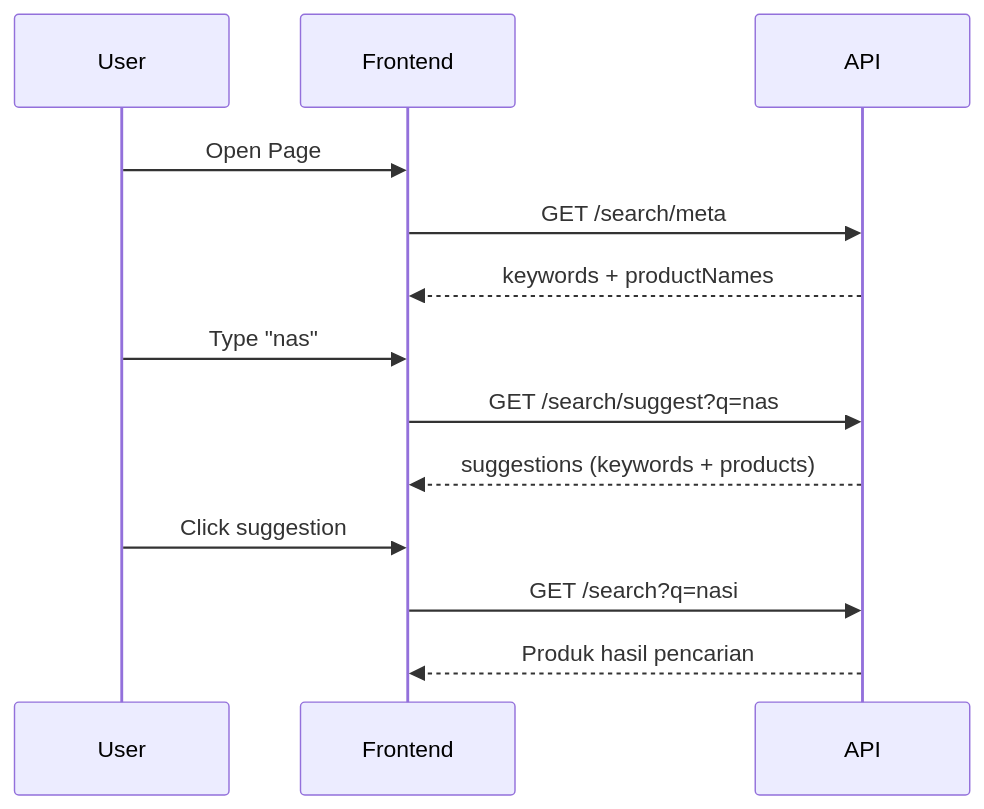
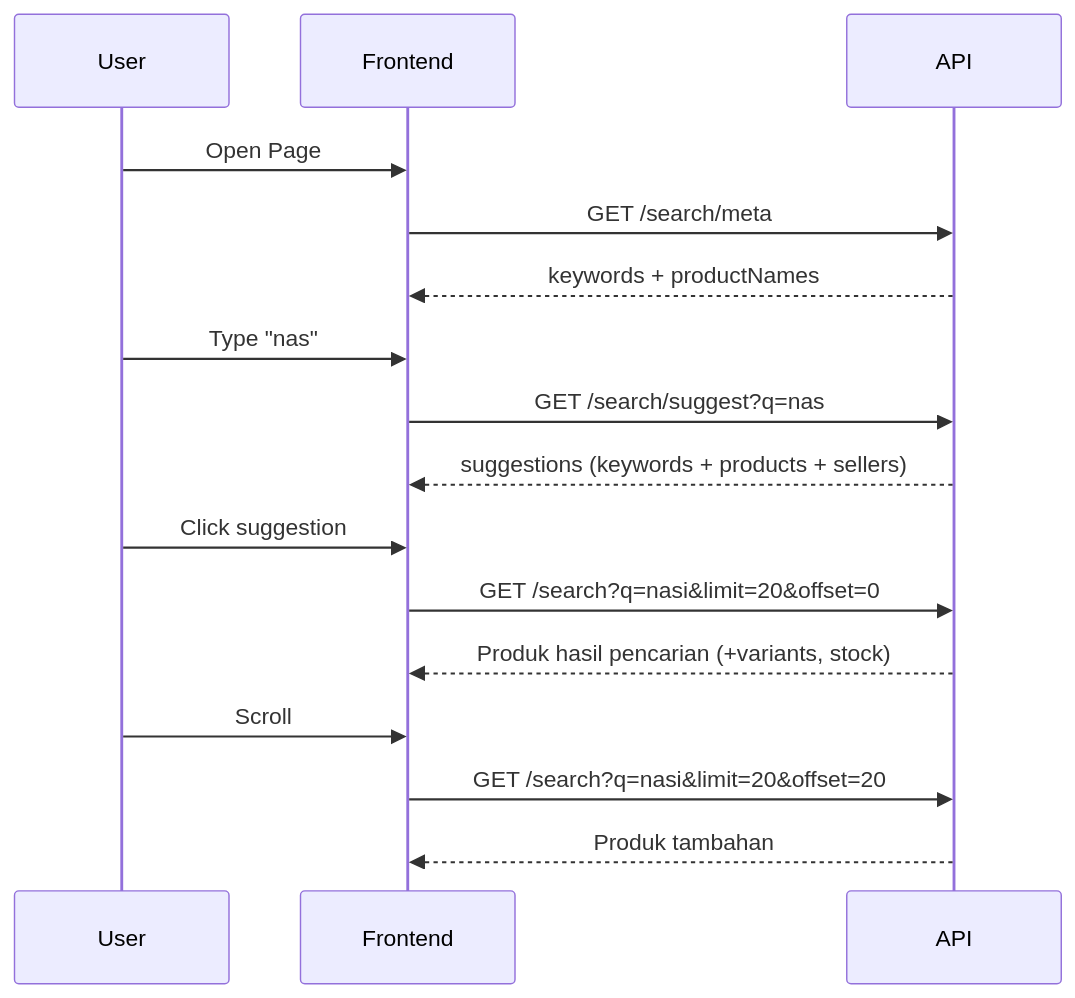
The diagram in README.md (GisatAZK2/BackEnd_Market), drawn with Mermaid before and after one commit. The commit also changed other lines of this file and 1 other file, not shown here.

Commit message:
Change Logic For Search Product & Seller

````diff
--- a/README.md
+++ b/README.md
@@ -683,18 +762,22 @@
 ```mermaid
 sequenceDiagram
     participant User
     participant Frontend
     participant API
 
     User->>Frontend: Open Page
     Frontend->>API: GET /search/meta
     API-->>Frontend: keywords + productNames
 
     User->>Frontend: Type "nas"
     Frontend->>API: GET /search/suggest?q=nas
-    API-->>Frontend: suggestions (keywords + products)
+    API-->>Frontend: suggestions (keywords + products + sellers)
 
     User->>Frontend: Click suggestion
-    Frontend->>API: GET /search?q=nasi
-    API-->>Frontend: Produk hasil pencarian
+    Frontend->>API: GET /search?q=nasi&limit=20&offset=0
+    API-->>Frontend: Produk hasil pencarian (+variants, stock)
+
+    User->>Frontend: Scroll
+    Frontend->>API: GET /search?q=nasi&limit=20&offset=20
+    API-->>Frontend: Produk tambahan
 ```
````
